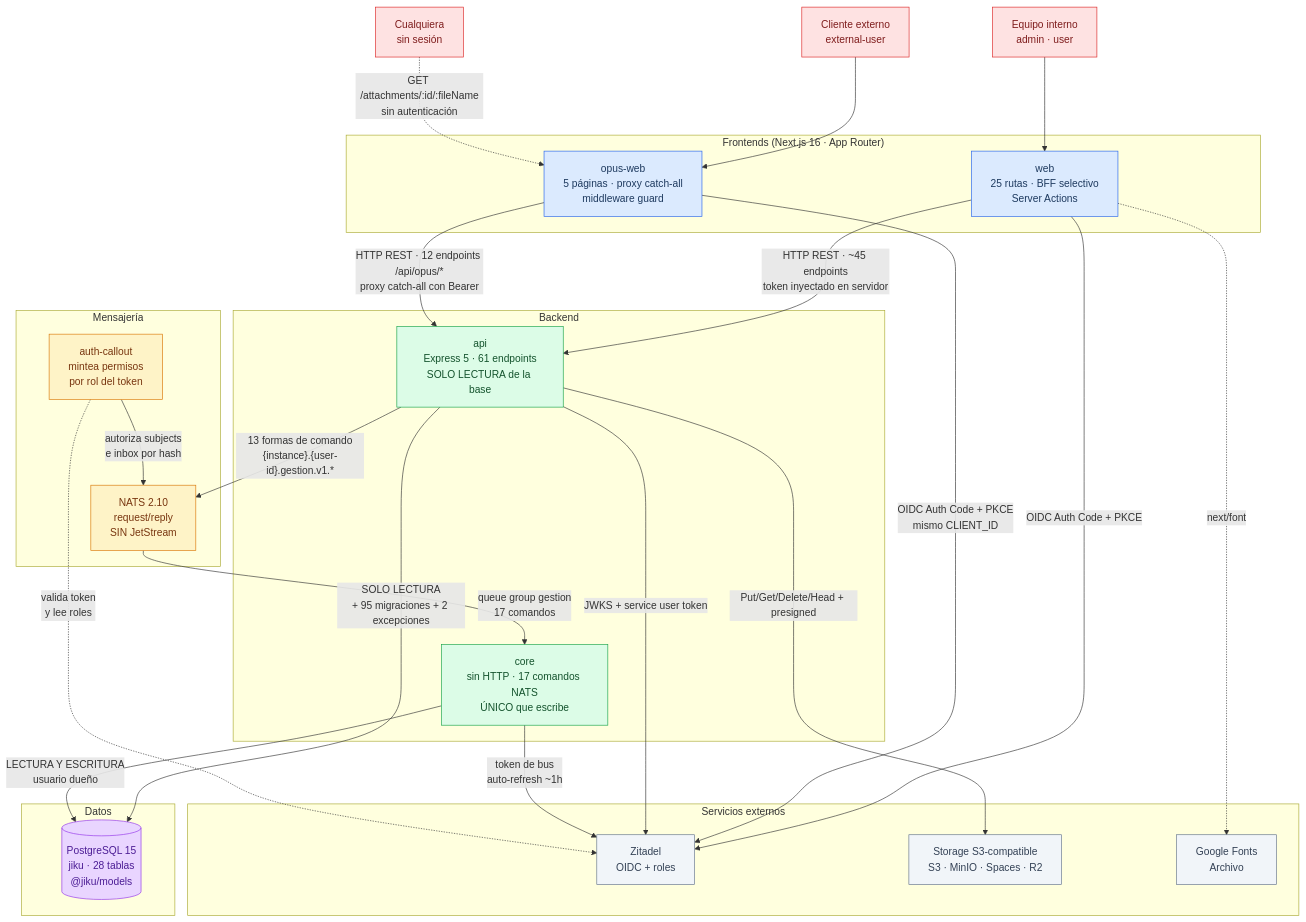
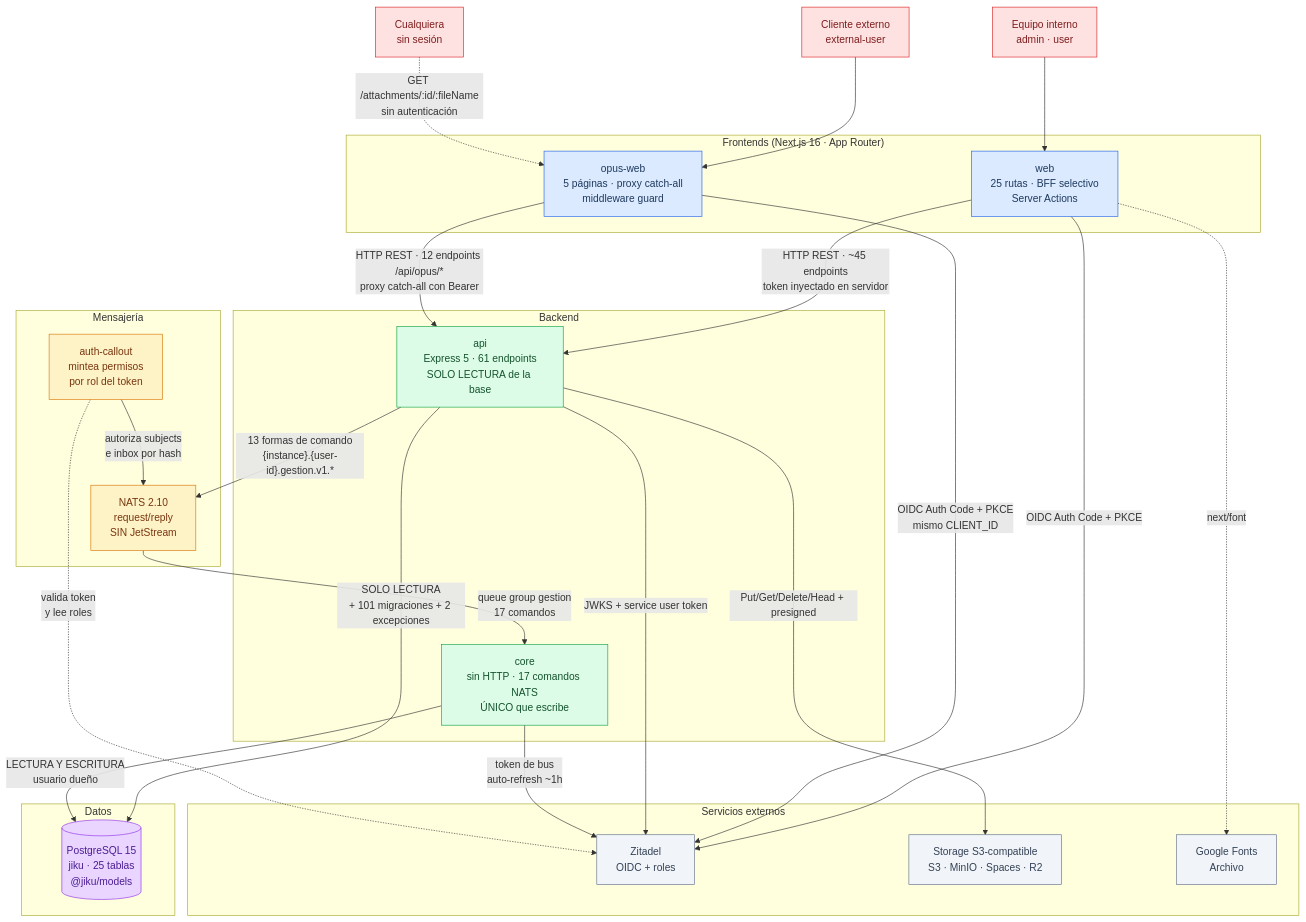
The diagram in docs/prd/architecture.md (gravadigital/jiku), drawn with Mermaid before and after one commit. The commit also changed other lines of this file and 23 other files, not shown here.

````diff
--- a/docs/prd/architecture.md
+++ b/docs/prd/architecture.md
@@ -64,67 +64,67 @@
 ```mermaid
 graph TB
     Interno[Equipo interno<br/>admin · user]
     Cliente[Cliente externo<br/>external-user]
     Anon[Cualquiera<br/>sin sesión]
 
     subgraph FE["Frontends (Next.js 16 · App Router)"]
         Web["web<br/>25 rutas · BFF selectivo<br/>Server Actions"]
         Opus["opus-web<br/>5 páginas · proxy catch-all<br/>middleware guard"]
     end
 
     subgraph BE["Backend"]
         Api["api<br/>Express 5 · 61 endpoints<br/>SOLO LECTURA de la base"]
         Core["core<br/>sin HTTP · 17 comandos NATS<br/>ÚNICO que escribe"]
     end
 
     subgraph Bus["Mensajería"]
         Nats["NATS 2.10<br/>request/reply<br/>SIN JetStream"]
         Callout["auth-callout<br/>mintea permisos<br/>por rol del token"]
     end
 
     subgraph Data["Datos"]
-        PG[("PostgreSQL 15<br/>jiku · 28 tablas<br/>@jiku/models")]
+        PG[("PostgreSQL 15<br/>jiku · 25 tablas<br/>@jiku/models")]
     end
 
     subgraph Ext["Servicios externos"]
         Zitadel["Zitadel<br/>OIDC + roles"]
         S3["Storage S3-compatible<br/>S3 · MinIO · Spaces · R2"]
         GFonts["Google Fonts<br/>Archivo"]
     end
 
     Interno --> Web
     Cliente --> Opus
     Anon -.->|"GET /attachments/:id/:fileName<br/>sin autenticación"| Opus
 
     Web -->|"HTTP REST · ~45 endpoints<br/>token inyectado en servidor"| Api
     Opus -->|"HTTP REST · 12 endpoints /api/opus/*<br/>proxy catch-all con Bearer"| Api
 
     Web -->|"OIDC Auth Code + PKCE"| Zitadel
     Opus -->|"OIDC Auth Code + PKCE<br/>mismo CLIENT_ID"| Zitadel
     Web -.->|"next/font"| GFonts
 
-    Api -->|"SOLO LECTURA<br/>+ 95 migraciones + 2 excepciones"| PG
+    Api -->|"SOLO LECTURA<br/>+ 101 migraciones + 2 excepciones"| PG
     Api -->|"13 formas de comando<br/>{instance}.{user-id}.gestion.v1.*"| Nats
     Api -->|"JWKS + service user token"| Zitadel
     Api -->|"Put/Get/Delete/Head + presigned"| S3
 
     Nats -->|"queue group gestion<br/>17 comandos"| Core
     Core -->|"LECTURA Y ESCRITURA<br/>usuario dueño"| PG
     Core -->|"token de bus<br/>auto-refresh ~1h"| Zitadel
     Callout -->|"autoriza subjects<br/>e inbox por hash"| Nats
     Callout -.->|"valida token<br/>y lee roles"| Zitadel
 
     classDef fe fill:#dbeafe,stroke:#2563eb,color:#1e3a5f
     classDef be fill:#dcfce7,stroke:#16a34a,color:#14532d
     classDef bus fill:#fef3c7,stroke:#d97706,color:#78350f
     classDef data fill:#e9d5ff,stroke:#9333ea,color:#4c1d95
     classDef ext fill:#f1f5f9,stroke:#64748b,color:#334155
     classDef actor fill:#fee2e2,stroke:#dc2626,color:#7f1d1d
 
     class Web,Opus fe
     class Api,Core be
     class Nats,Callout bus
     class PG data
     class Zitadel,S3,GFonts ext
     class Interno,Cliente,Anon actor
 ```
````
